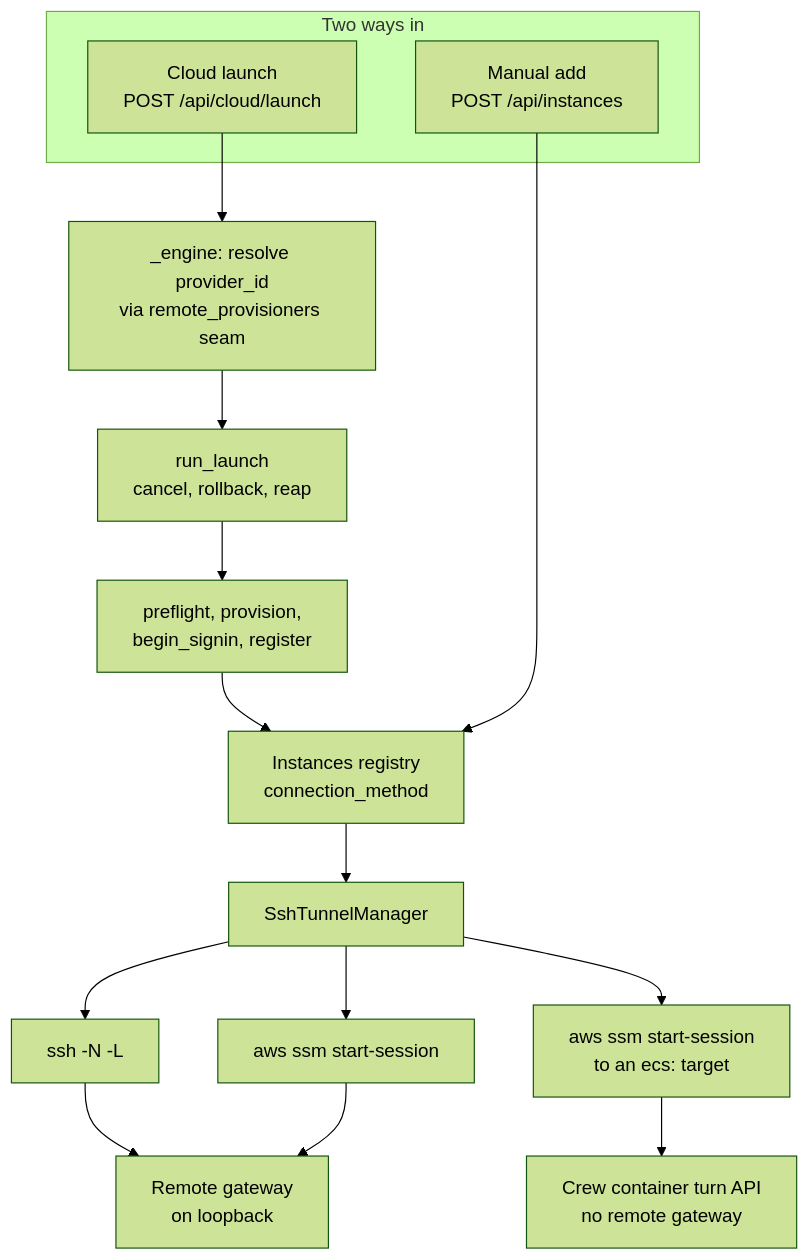
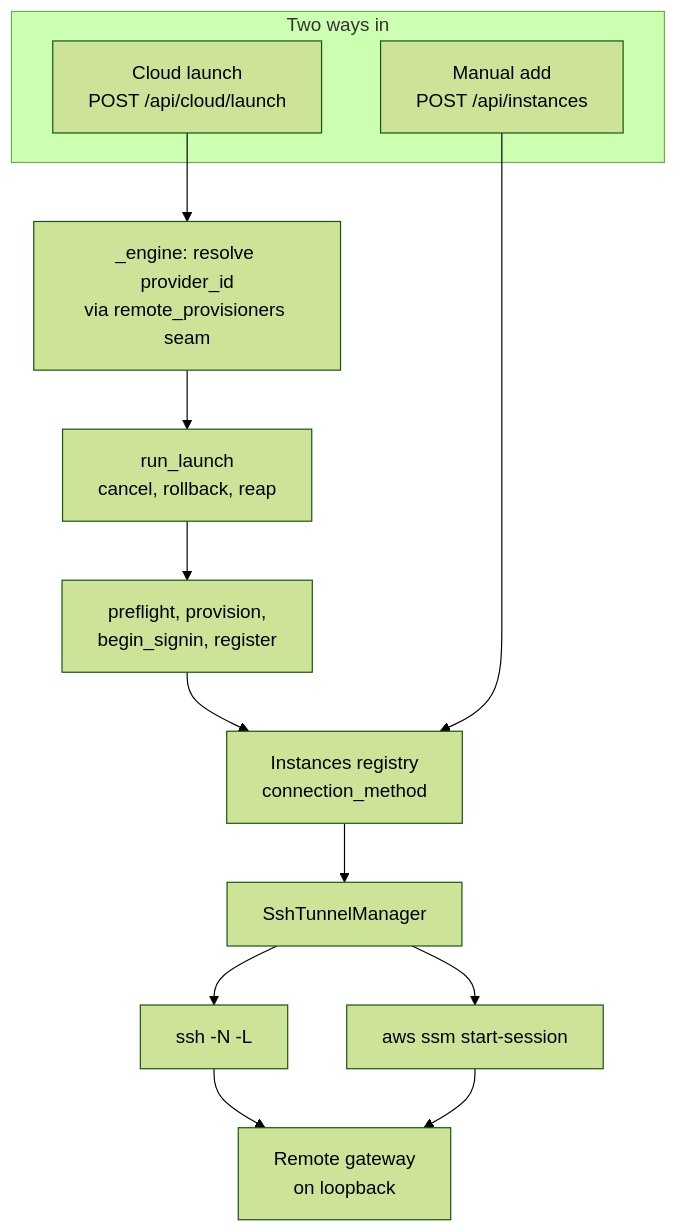
The diagram in docs/guides/adding-a-remote-provisioner.md (Premshay/KiroCrew), drawn with Mermaid (forest theme) before and after one commit. The commit also changed other lines of this file and 3408 other files, not shown here.

````diff
--- a/docs/guides/adding-a-remote-provisioner.md
+++ b/docs/guides/adding-a-remote-provisioner.md
@@ -47,21 +47,19 @@
 ```mermaid
 flowchart TD
     subgraph entry["Two ways in"]
         manual["Manual add<br/>POST /api/instances"]
         launch["Cloud launch<br/>POST /api/cloud/launch"]
     end
 
     launch --> resolve["_engine: resolve provider_id<br/>via remote_provisioners seam"]
     resolve --> loop["run_launch<br/>cancel, rollback, reap"]
     loop --> steps["preflight, provision,<br/>begin_signin, register"]
     steps --> reg
 
     manual --> reg["Instances registry<br/>connection_method"]
     reg --> mgr["SshTunnelManager"]
     mgr --> ssh["ssh -N -L"]
     mgr --> ssm["aws ssm start-session"]
-    mgr --> ecs["aws ssm start-session<br/>to an ecs: target"]
     ssh --> remote["Remote gateway<br/>on loopback"]
     ssm --> remote
-    ecs --> turn["Crew container turn API<br/>no remote gateway"]
 ```
````
